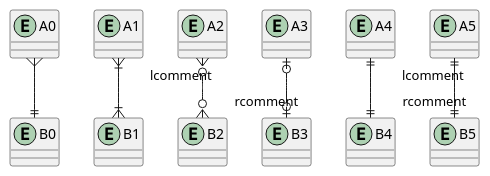
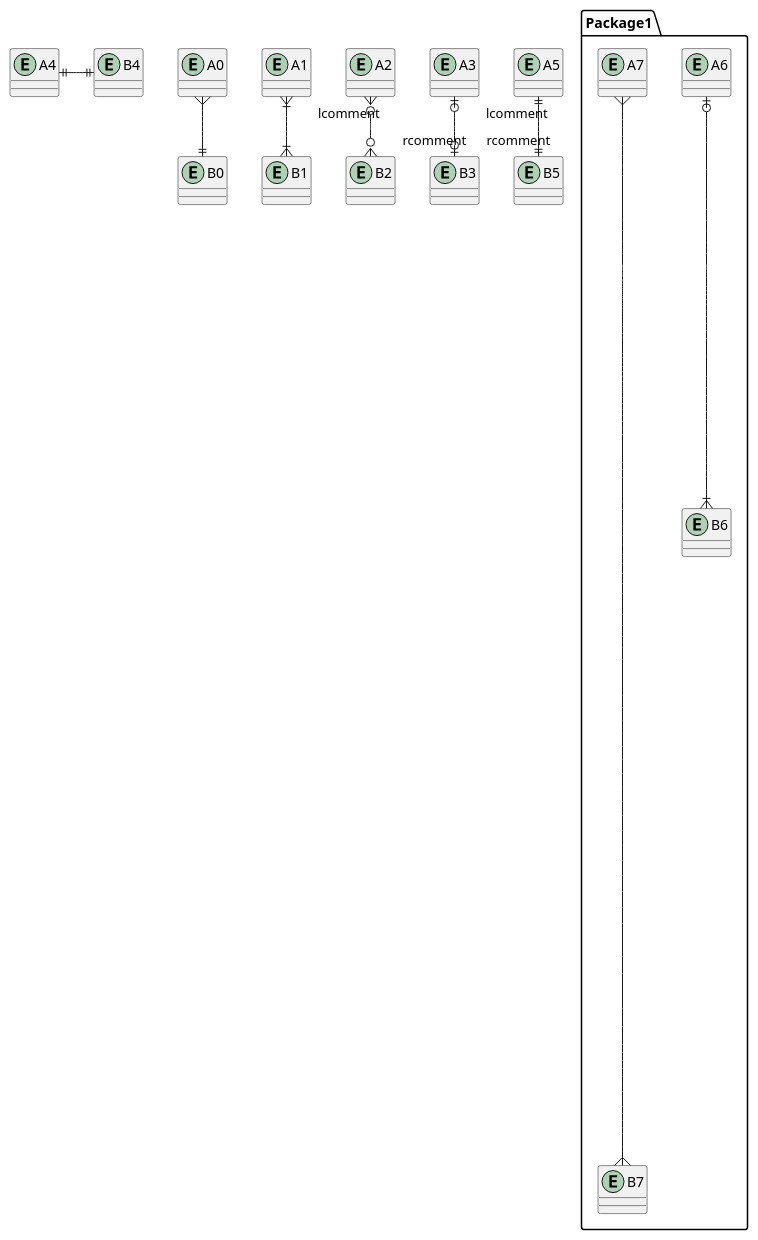
Before and after one commit to p-indriunas/antlr4-puml: the diagram in src/main/resources/sample.puml, drawn with PlantUML. The commit also changed 21 other files, not shown here.

```diff
--- a/src/main/resources/sample.puml
+++ b/src/main/resources/sample.puml
@@ -1,28 +1,37 @@
 @startuml
 
 entity A0
 entity B0
 A0 }--|| B0
 
 entity A1
 entity B1
 A1}|--|{ B1
 
 entity A2
 entity B2
 A2"lcomment"}o--o{ B2
 
 entity A3
 entity B3
 A3 |o--o|"rcomment"B3
 
 entity A4
 entity B4
-A4||--||                B4
+A4||-||                B4
 
-entity A5
-entity B5
-A5  "lcomment"     ||--||  "rcomment"  B5
+    entity A5
+    entity B5
+    A5  "lcomment"     ||--||  "rcomment"  B5
 
+package Package1{
+    entity A6
+    entity B6
+    A6 |o-------|{ B6
+
+    entity A7
+    entity B7
+    A7 }-------down----------{ B7
+}
 
 @enduml
```
